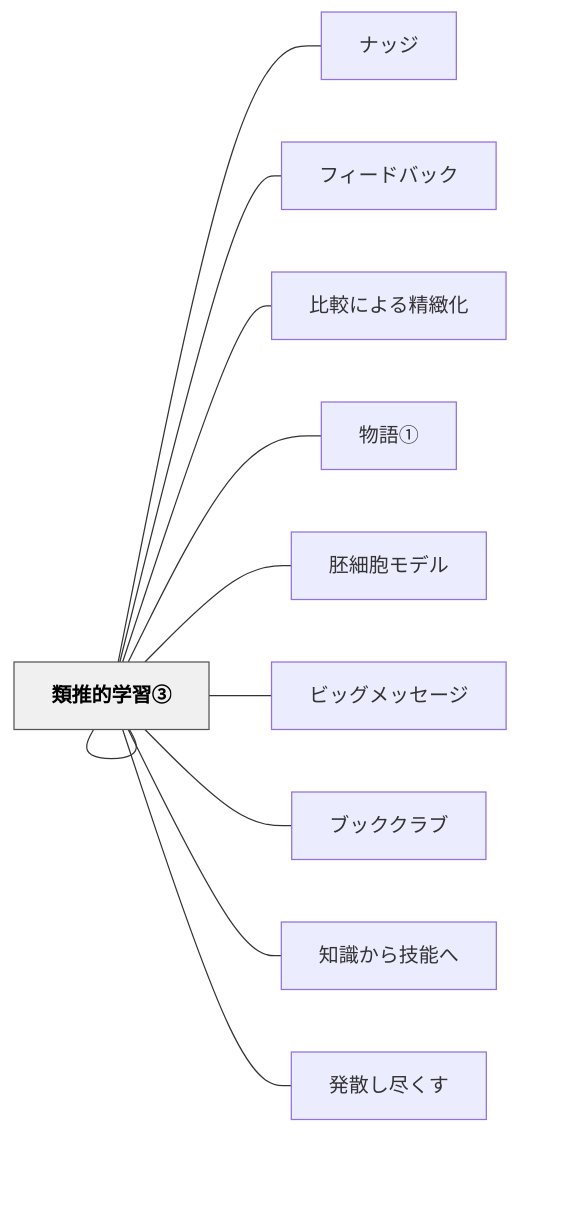
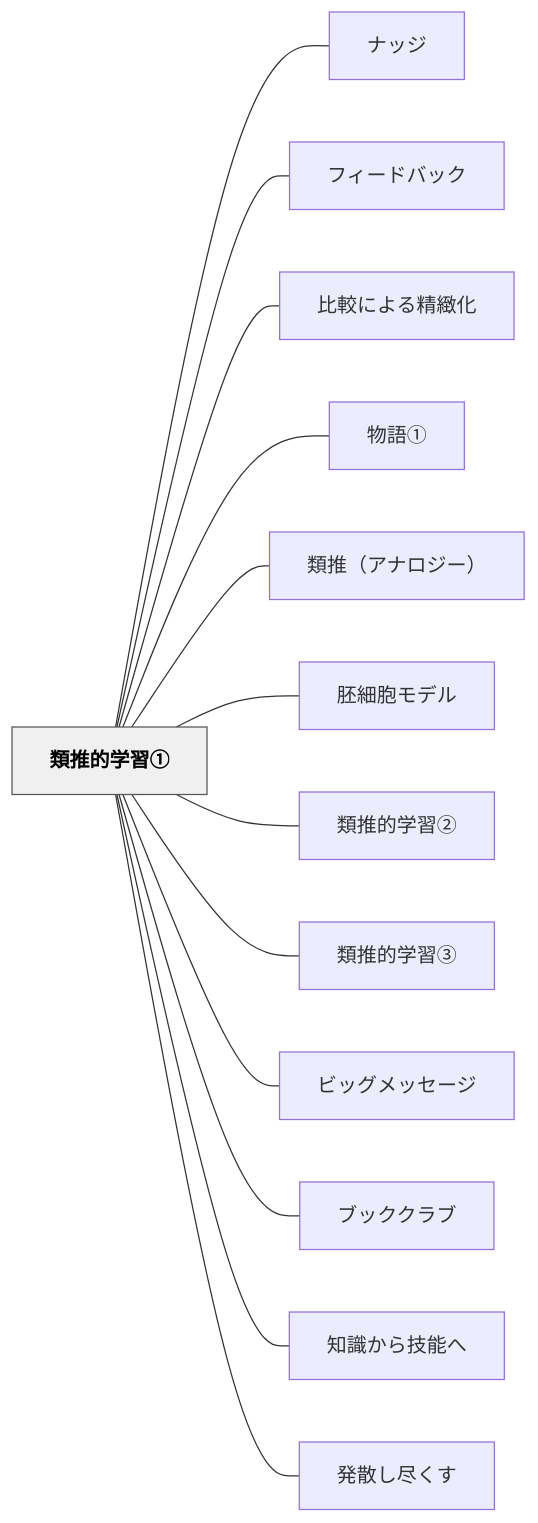
The diagram in content/パタン/類推的学習①.md (unknownthings-ed-patterns/unknownthings-ed-patterns), drawn with Mermaid before and after one commit. The commit also changed 527 other files, not shown here.

````diff
--- a/content/パタン/類推的学習①.md
+++ b/content/パタン/類推的学習①.md
@@ -115,32 +115,32 @@
 ```mermaid
 flowchart LR
-    ne9a19ee68ea8["類推的学習①"]
-    ne3838ae38383["ナッジ"]
-    ne38395e382a3["フィードバック"]
-    ne6af94e8bc83["比較による精緻化"]
-    ne789a9e8aa9e["物語①"]
-    ne9a19ee68ea8["類推（アナロジー）"]
-    ne8839ae7b4b0["胚細胞モデル"]
-    ne9a19ee68ea8["類推的学習②"]
-    ne9a19ee68ea8["類推的学習③"]
-    ne38393e38383["ビッグメッセージ"]
-    ne38396e38383["ブッククラブ"]
-    ne79fa5e8ad98["知識から技能へ"]
-    ne799bae695a3["発散し尽くす"]
+    ne9a19ee68ea8e79a84e5ada6e7bf92e291a0["類推的学習①"]
+    ne3838ae38383e382b8["ナッジ"]
+    ne38395e382a3e383bce38389e38390e38383e382af["フィードバック"]
+    ne6af94e8bc83e381abe38288e3828be7b2bee7b7bbe58c96["比較による精緻化"]
+    ne789a9e8aa9ee291a0["物語①"]
+    ne9a19ee68ea8efbc88e382a2e3838ae383ade382b8e383bcefbc89["類推（アナロジー）"]
+    ne8839ae7b4b0e8839ee383a2e38387e383ab["胚細胞モデル"]
+    ne9a19ee68ea8e79a84e5ada6e7bf92e291a1["類推的学習②"]
+    ne9a19ee68ea8e79a84e5ada6e7bf92e291a2["類推的学習③"]
+    ne38393e38383e382b0e383a1e38383e382bbe383bce382b8["ビッグメッセージ"]
+    ne38396e38383e382afe382afe383a9e38396["ブッククラブ"]
+    ne79fa5e8ad98e3818be38289e68a80e883bde381b8["知識から技能へ"]
+    ne799bae695a3e38197e5b0bde3818fe38199["発散し尽くす"]
 
-    ne9a19ee68ea8 --- ne3838ae38383
-    ne9a19ee68ea8 --- ne38395e382a3
-    ne9a19ee68ea8 --- ne6af94e8bc83
-    ne9a19ee68ea8 --- ne789a9e8aa9e
-    ne9a19ee68ea8 --- ne9a19ee68ea8
-    ne9a19ee68ea8 --- ne8839ae7b4b0
-    ne9a19ee68ea8 --- ne9a19ee68ea8
-    ne9a19ee68ea8 --- ne9a19ee68ea8
-    ne9a19ee68ea8 --- ne38393e38383
-    ne9a19ee68ea8 --- ne38396e38383
-    ne9a19ee68ea8 --- ne79fa5e8ad98
-    ne9a19ee68ea8 --- ne799bae695a3
+    ne9a19ee68ea8e79a84e5ada6e7bf92e291a0 --- ne3838ae38383e382b8
+    ne9a19ee68ea8e79a84e5ada6e7bf92e291a0 --- ne38395e382a3e383bce38389e38390e38383e382af
+    ne9a19ee68ea8e79a84e5ada6e7bf92e291a0 --- ne6af94e8bc83e381abe38288e3828be7b2bee7b7bbe58c96
+    ne9a19ee68ea8e79a84e5ada6e7bf92e291a0 --- ne789a9e8aa9ee291a0
+    ne9a19ee68ea8e79a84e5ada6e7bf92e291a0 --- ne9a19ee68ea8efbc88e382a2e3838ae383ade382b8e383bcefbc89
+    ne9a19ee68ea8e79a84e5ada6e7bf92e291a0 --- ne8839ae7b4b0e8839ee383a2e38387e383ab
+    ne9a19ee68ea8e79a84e5ada6e7bf92e291a0 --- ne9a19ee68ea8e79a84e5ada6e7bf92e291a1
+    ne9a19ee68ea8e79a84e5ada6e7bf92e291a0 --- ne9a19ee68ea8e79a84e5ada6e7bf92e291a2
+    ne9a19ee68ea8e79a84e5ada6e7bf92e291a0 --- ne38393e38383e382b0e383a1e38383e382bbe383bce382b8
+    ne9a19ee68ea8e79a84e5ada6e7bf92e291a0 --- ne38396e38383e382afe382afe383a9e38396
+    ne9a19ee68ea8e79a84e5ada6e7bf92e291a0 --- ne79fa5e8ad98e3818be38289e68a80e883bde381b8
+    ne9a19ee68ea8e79a84e5ada6e7bf92e291a0 --- ne799bae695a3e38197e5b0bde3818fe38199
 
     classDef hub fill:#f0f0f0,stroke:#555,color:#000,font-weight:bold
-    class ne9a19ee68ea8 hub
+    class ne9a19ee68ea8e79a84e5ada6e7bf92e291a0 hub
 ```
````
